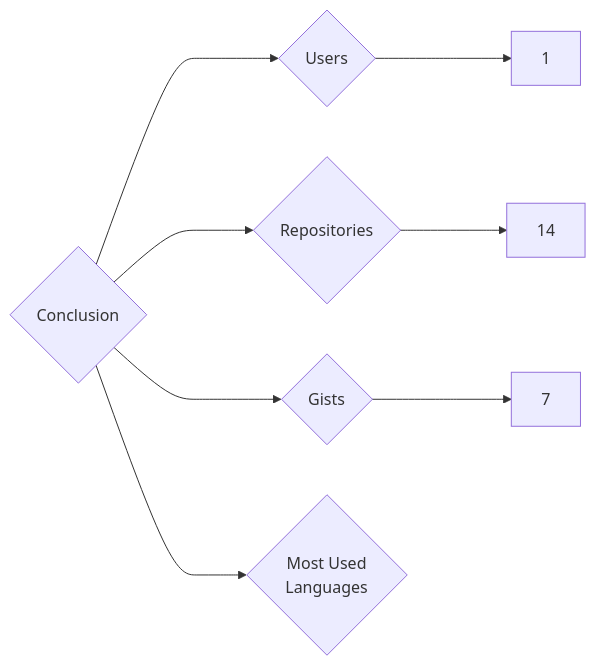
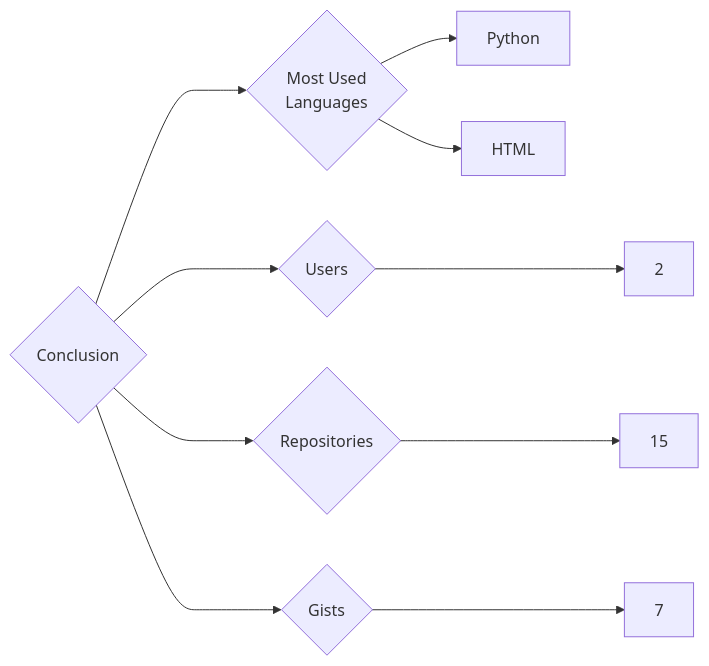
Before and after one commit to trickest/insiders: the diagram in targets/Conclusion/README.md, drawn with Mermaid. The commit also changed 681 other files, not shown here.

````diff
--- a/targets/Conclusion/README.md
+++ b/targets/Conclusion/README.md
@@ -3,8 +3,10 @@
 ```mermaid
 graph LR
 COMPANY_NAME{Conclusion}
-COMPANY_NAME ---> U{Users} ---> UN[1]
-COMPANY_NAME ---> R{Repositories} ---> RN[14]
+COMPANY_NAME ---> U{Users} ---> UN[2]
+COMPANY_NAME ---> R{Repositories} ---> RN[15]
 COMPANY_NAME ---> G{Gists} ---> GN[7]
 COMPANY_NAME ---> ML{Most Used<br>Languages}
+ML --> Python[Python]
+ML --> HTML[HTML]
 ```
````
